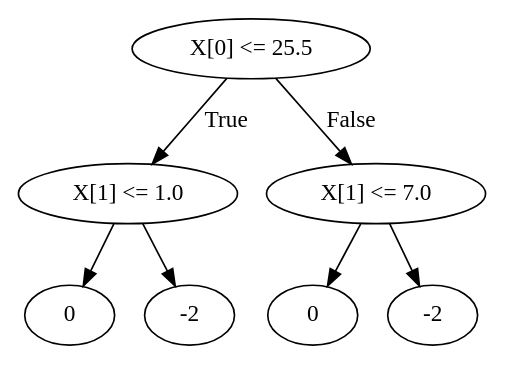
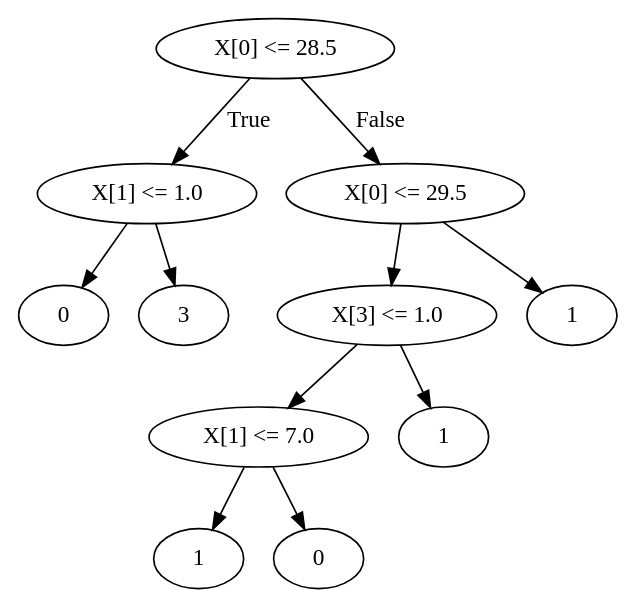
Before and after one commit to hobborg/dtControl: the diagram in decision_trees/MaxEveryNodeDT/cruise-small-latest/MaxEveryNodeDT.dot, drawn with Graphviz. The commit also changed 25 other files, not shown here.

```diff
--- a/decision_trees/MaxEveryNodeDT/cruise-small-latest/MaxEveryNodeDT.dot
+++ b/decision_trees/MaxEveryNodeDT/cruise-small-latest/MaxEveryNodeDT.dot
@@ -1,16 +1,24 @@
 digraph {
-0 [label="X[0] <= 25.5"];
+0 [label="X[0] <= 28.5"];
 1 [label="X[1] <= 1.0"];
 2 [label="0"];
 1 -> 2 [label=""];
-3 [label="-2"];
+3 [label="3"];
 1 -> 3 [label=""];
 0 -> 1 [label="True"];
-4 [label="X[1] <= 7.0"];
-5 [label="0"];
+4 [label="X[0] <= 29.5"];
+5 [label="X[3] <= 1.0"];
+6 [label="X[1] <= 7.0"];
+7 [label="1"];
+6 -> 7 [label=""];
+8 [label="0"];
+6 -> 8 [label=""];
+5 -> 6 [label=""];
+9 [label="1"];
+5 -> 9 [label=""];
 4 -> 5 [label=""];
-6 [label="-2"];
-4 -> 6 [label=""];
+10 [label="1"];
+4 -> 10 [label=""];
 0 -> 4 [label="False"];
 
 }
```
